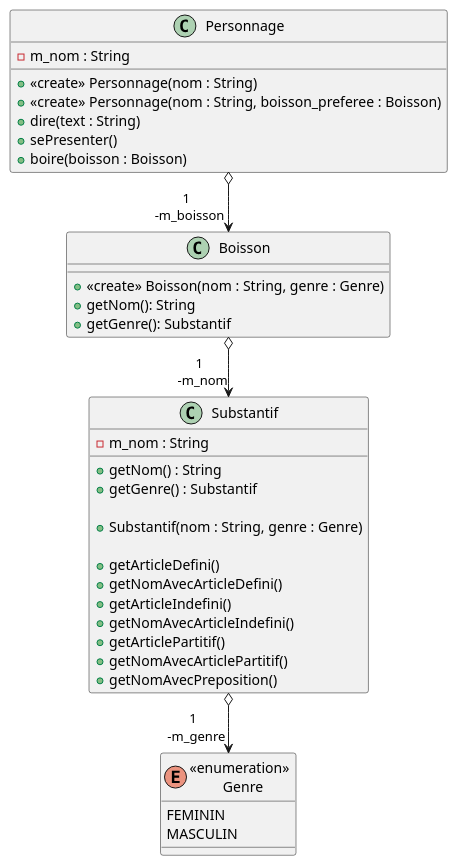
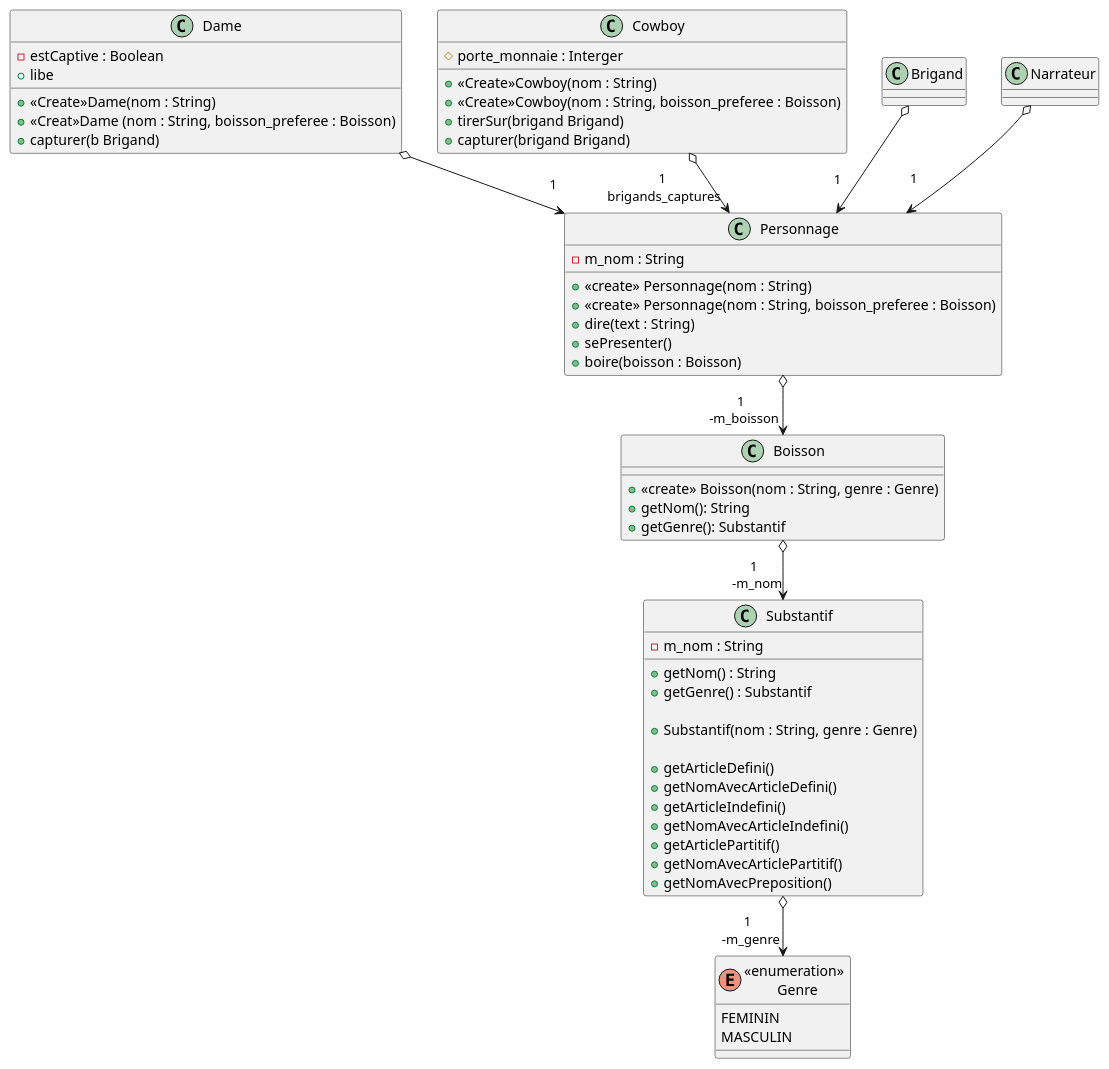
Before and after one commit to Lirobi/Projet-western: the diagram in src/Scenario2/Grammaire/Grammaire.puml, drawn with PlantUML. The commit also changed 2 other files, not shown here.

Commit message:
bébut uml + carection libérer

```diff
--- a/src/Scenario2/Grammaire/Grammaire.puml
+++ b/src/Scenario2/Grammaire/Grammaire.puml
@@ -1,51 +1,73 @@
 @startuml
 
-
+Dame o--> "1\n" Personnage
+Cowboy o--> "1\n brigands_captures" Personnage
+Brigand o--> "1\n" Personnage
+Narrateur o--> "1\n" Personnage
 Personnage o-->"1 \n -m_boisson" Boisson
 Boisson o-->"1 \n -m_nom" Substantif
 Substantif o-->"1 \n -m_genre" "«enumeration» \n Genre"
 
 enum "«enumeration» \n Genre" {
 FEMININ
 MASCULIN
 }
 
 class Substantif {
 
     - m_nom : String
     '- m_genre : Genre
 
     + getNom() : String
     + getGenre() : Substantif
 
     + Substantif(nom : String, genre : Genre)
 
     + getArticleDefini()
     + getNomAvecArticleDefini()
     + getArticleIndefini()
     + getNomAvecArticleIndefini()
     + getArticlePartitif()
     + getNomAvecArticlePartitif()
     + getNomAvecPreposition()
 
 }
 
 class Boisson {
     '- m_nom : Substantif
 
     + «create» Boisson(nom : String, genre : Genre)
     + getNom(): String
     + getGenre(): Substantif
 }
 class Personnage {
     - m_nom : String
     '- m_boisson : Boisson
 
     + «create» Personnage(nom : String)
     + «create» Personnage(nom : String, boisson_preferee : Boisson)
     + dire(text : String)
     + sePresenter()
     + boire(boisson : Boisson)
 }
 
+class Cowboy{
+# porte_monnaie : Interger
++ «Create»Cowboy(nom : String)
++ «Create»Cowboy(nom : String, boisson_preferee : Boisson)
++ tirerSur(brigand Brigand)
++ capturer(brigand Brigand)
+}
+class Dame{
+- estCaptive : Boolean
++ «Create»Dame(nom : String)
++ «Creat»Dame (nom : String, boisson_preferee : Boisson)
++ capturer(b Brigand)
++ libe
+}
+class Brigand{
+}
+class Narrateur{
+}
+
 @enduml
```
